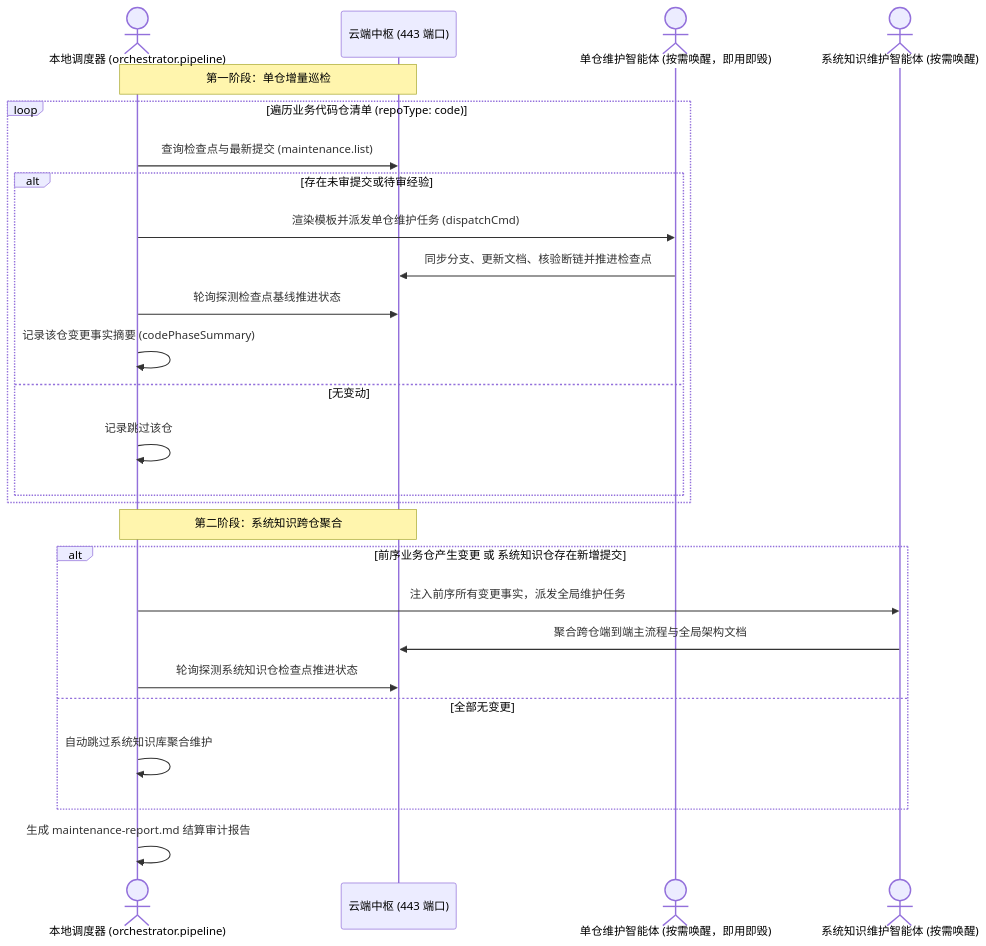
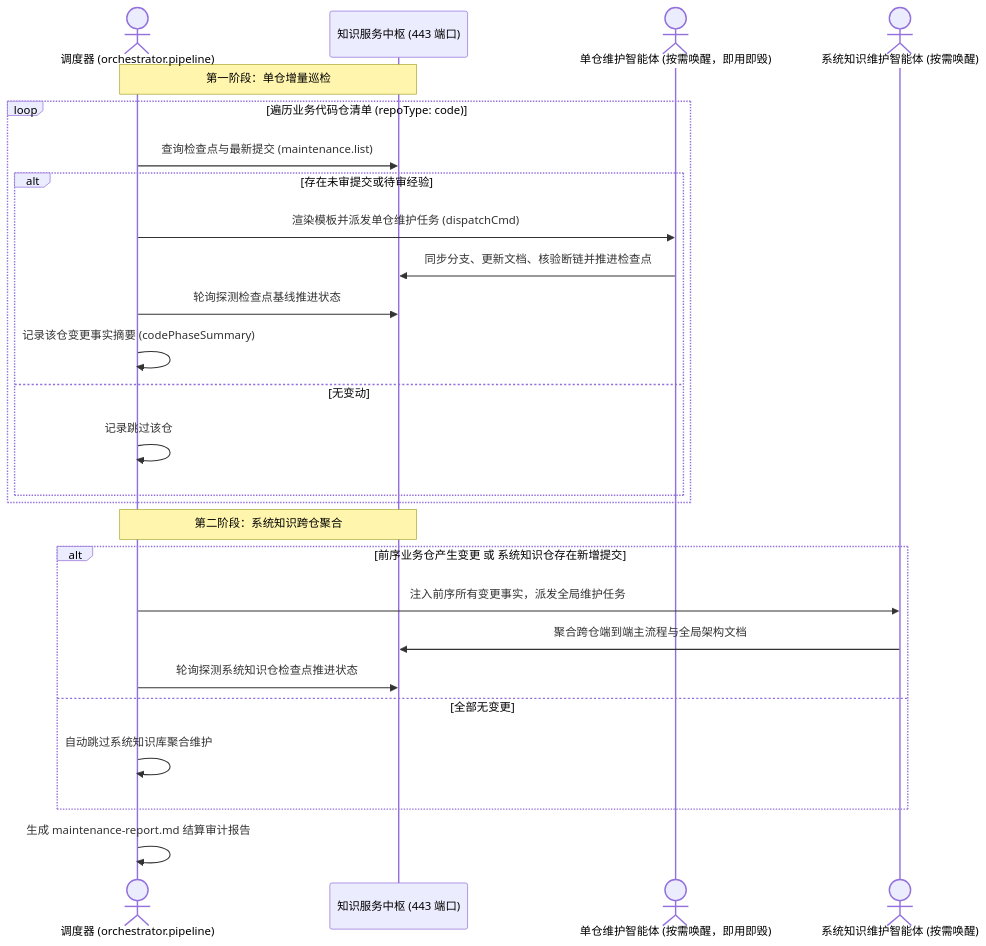
One commit to fjay/knowledge-dock changed the diagram in docs/orchestration.md. Above: the diagram before and after it, drawn with Mermaid. The commit also changed other lines of this file and 2 other files, not shown here.

Commit message:
docs: clarify orchestrator decoupling and remove localized dogmatic assumptions

````diff
--- a/docs/orchestration.md
+++ b/docs/orchestration.md
@@ -48,31 +50,31 @@
 ```mermaid
 sequenceDiagram
-    actor Runner as 本地调度器 (orchestrator.pipeline)
-    participant Cloud as 云端中枢 (443 端口)
+    actor Runner as 调度器 (orchestrator.pipeline)
+    participant Cloud as 知识服务中枢 (443 端口)
     actor Worker as 单仓维护智能体 (按需唤醒，即用即毁)
     actor SystemWorker as 系统知识维护智能体 (按需唤醒)
 
     Note over Runner,Cloud: 第一阶段：单仓增量巡检
     loop 遍历业务代码仓清单 (repoType: code)
         Runner->>Cloud: 查询检查点与最新提交 (maintenance.list)
         alt 存在未审提交或待审经验
             Runner->>Worker: 渲染模板并派发单仓维护任务 (dispatchCmd)
             Worker->>Cloud: 同步分支、更新文档、核验断链并推进检查点
             Runner->>Cloud: 轮询探测检查点基线推进状态
             Runner->>Runner: 记录该仓变更事实摘要 (codePhaseSummary)
         else 无变动
             Runner->>Runner: 记录跳过该仓
         end
     end
 
     Note over Runner,Cloud: 第二阶段：系统知识跨仓聚合
     alt 前序业务仓产生变更 或 系统知识仓存在新增提交
         Runner->>SystemWorker: 注入前序所有变更事实，派发全局维护任务
         SystemWorker->>Cloud: 聚合跨仓端到端主流程与全局架构文档
         Runner->>Cloud: 轮询探测系统知识仓检查点推进状态
     else 全部无变更
         Runner->>Runner: 自动跳过系统知识库聚合维护
     end
 
     Runner->>Runner: 生成 maintenance-report.md 结算审计报告
 ```
````
